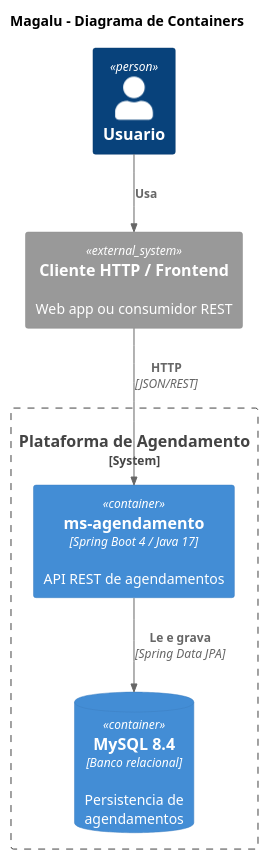
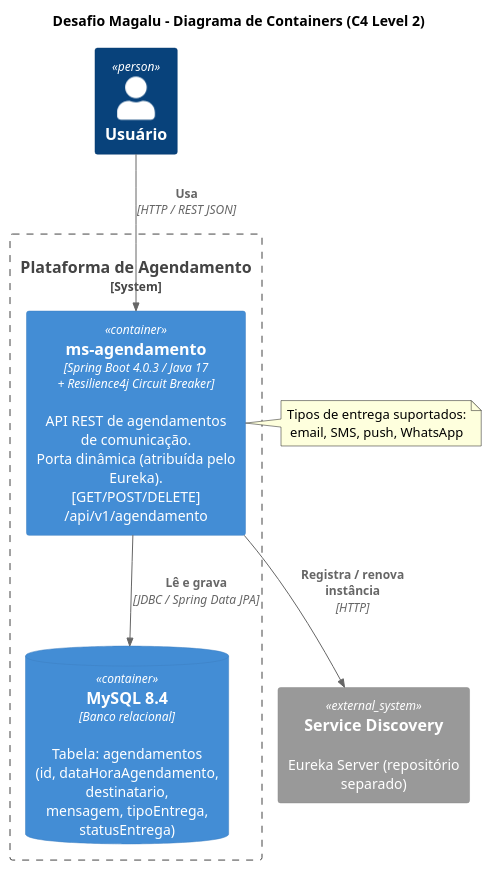
The diagram in docs/architecture/container-diagram.puml (leoalmeida/desafioMagalu), drawn with PlantUML before and after one commit. The commit also changed 7 other files, not shown here.

Commit message:
Inclusão do web-ui do openapi e atualização dos diagramas de documentação.

```diff
--- a/docs/architecture/container-diagram.puml
+++ b/docs/architecture/container-diagram.puml
@@ -1,21 +1,28 @@
 @startuml container_diagram
 
 !include https://raw.githubusercontent.com/plantuml-stdlib/C4-PlantUML/master/C4_Container.puml
 
-title Magalu - Diagrama de Containers
+title Desafio Magalu - Diagrama de Containers (C4 Level 2)
 
-Person(user, "Usuario")
-System_Ext(client, "Cliente HTTP / Frontend", "Web app ou consumidor REST")
+Person(user, "Usuário")
 
-System_Boundary(system, "Plataforma de Agendamento") {
+System_Ext(eureka, "Service Discovery", "Eureka Server (repositório separado)")
 
-    Container(ms_agendamento, "ms-agendamento", "Spring Boot 4 / Java 17", "API REST de agendamentos")
-    ContainerDb(mysql, "MySQL 8.4", "Banco relacional", "Persistencia de agendamentos")
+System_Boundary(magalu, "Plataforma de Agendamento") {
+
+    Container(ms_agendamento, "ms-agendamento", "Spring Boot 4.0.3 / Java 17\n+ Resilience4j Circuit Breaker", "API REST de agendamentos de comunicação.\nPorta dinâmica (atribuída pelo Eureka).\n[GET/POST/DELETE] /api/v1/agendamento")
+
+    ContainerDb(mysql, "MySQL 8.4", "Banco relacional", "Tabela: agendamentos\n(id, dataHoraAgendamento, destinatario,\nmensagem, tipoEntrega, statusEntrega)")
 
 }
 
-Rel(user, client, "Usa")
-Rel(client, ms_agendamento, "HTTP", "JSON/REST")
-Rel(ms_agendamento, mysql, "Le e grava", "Spring Data JPA")
+Rel(user, ms_agendamento, "Usa", "HTTP / REST JSON")
+Rel(ms_agendamento, mysql, "Lê e grava", "JDBC / Spring Data JPA")
+Rel(ms_agendamento, eureka, "Registra / renova instância", "HTTP")
+
+note right of ms_agendamento
+    Tipos de entrega suportados:
+    email, SMS, push, WhatsApp
+end note
 
 @enduml
```
